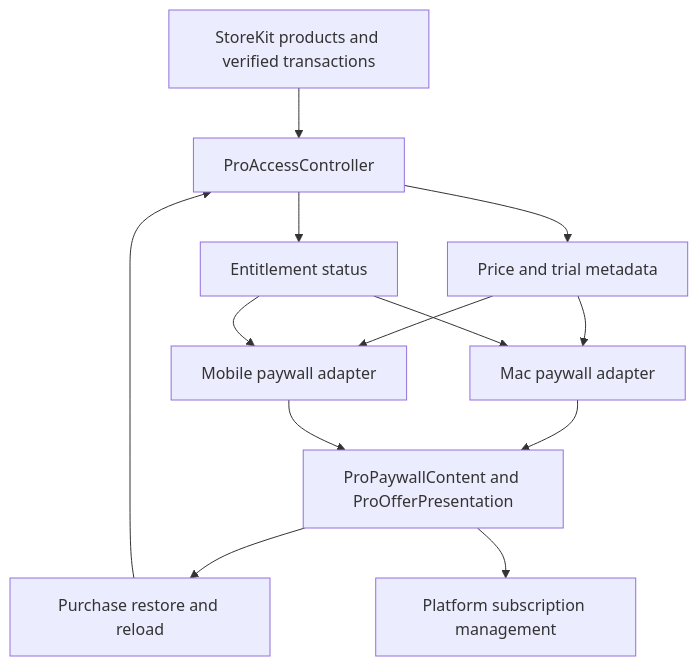
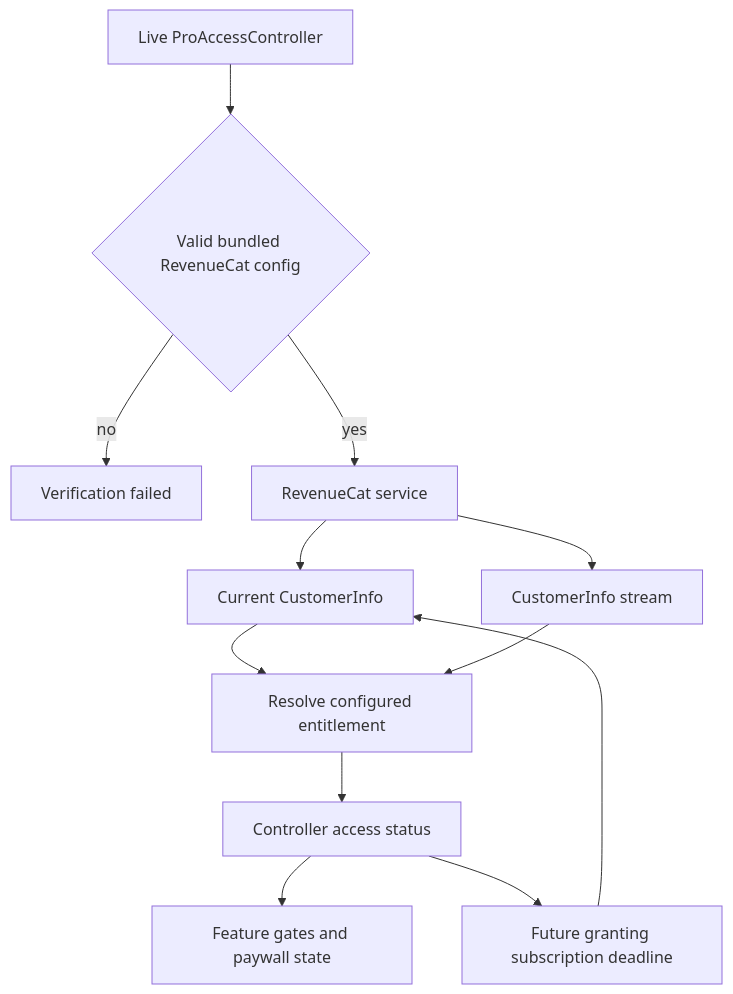
Before and after one commit to AkinoKaede/Termind: the first of 2 diagrams in openwiki/operations/storefront-commerce-release.md, drawn with Mermaid. The commit also changed other lines of this file and 56 other files, not shown here.

````diff
--- a/openwiki/operations/storefront-commerce-release.md
+++ b/openwiki/operations/storefront-commerce-release.md
@@ -92,15 +96,14 @@
 ```mermaid
 flowchart TD
-    Store["StoreKit products and verified transactions"] --> Controller["ProAccessController"]
-    Controller --> Metadata["Price and trial metadata"]
-    Controller --> Access["Entitlement status"]
-    Metadata --> Mac["Mac paywall adapter"]
-    Access --> Mac
-    Metadata --> Mobile["Mobile paywall adapter"]
-    Access --> Mobile
-    Mac --> Shared["ProPaywallContent and ProOfferPresentation"]
-    Mobile --> Shared
-    Shared --> Actions["Purchase restore and reload"]
-    Actions --> Controller
-    Shared --> Manage["Platform subscription management"]
+    App["Live ProAccessController"] --> Config{"Valid bundled RevenueCat config"}
+    Config -->|no| Failed["Verification failed"]
+    Config -->|yes| Service["RevenueCat service"]
+    Service --> Fetch["Current CustomerInfo"]
+    Service --> Stream["CustomerInfo stream"]
+    Fetch --> Resolve["Resolve configured entitlement"]
+    Stream --> Resolve
+    Resolve --> Status["Controller access status"]
+    Status --> Gate["Feature gates and paywall state"]
+    Status --> Timer["Future granting subscription deadline"]
+    Timer --> Fetch
 ```
````
